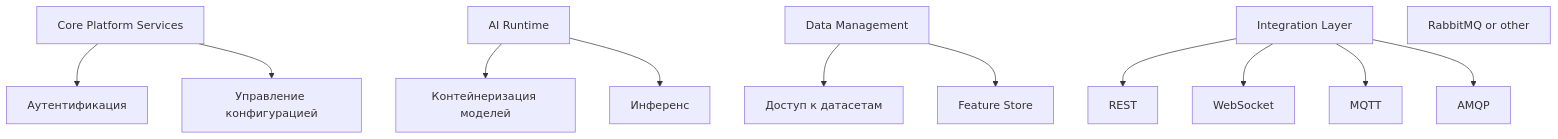
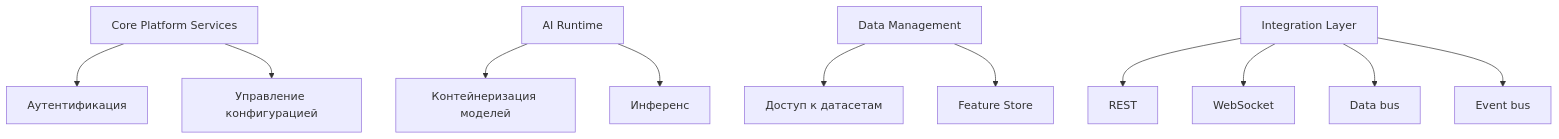
The third of 9 diagrams in archi_presentation2.md (kat-spb/JustTests), drawn with Mermaid before and after one commit.

````diff
--- a/archi_presentation2.md
+++ b/archi_presentation2.md
@@ -54,34 +54,34 @@
 ```mermaid
 graph TD
     Core[Core Platform Services]
     Auth[Аутентификация]
     ConfigMgmt[Управление конфигурацией]
 
     AIRuntime[AI Runtime]
     Containerization[Контейнеризация моделей]
     Inference[Инференс]
 
     DataMgmt[Data Management]
     Datasets[Доступ к датасетам]
     FeatureStore[Feature Store]
 
     Integration[Integration Layer]
     REST[REST]
     WS[WebSocket]
-    MQTT[MQTT]
-    Event_BUS[RabbitMQ or other]
+    MQTT[Data bus]
+    AMQP[Event bus]
 
     Core --> Auth
     Core --> ConfigMgmt
 
     AIRuntime --> Containerization
     AIRuntime --> Inference
 
     DataMgmt --> Datasets
     DataMgmt --> FeatureStore
 
     Integration --> REST
     Integration --> WS
     Integration --> MQTT
     Integration --> AMQP
 ```
````
